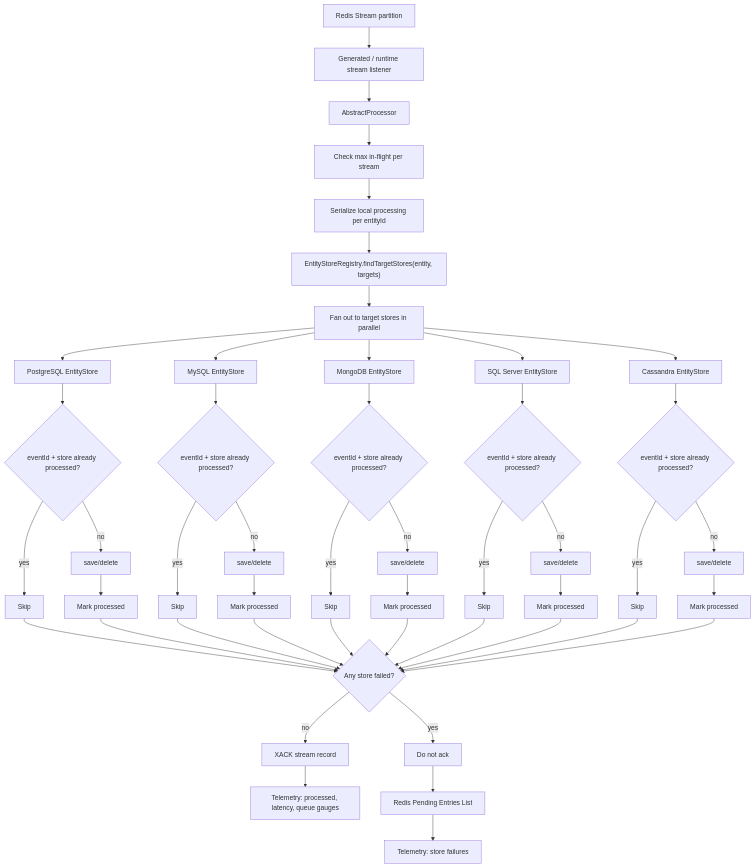
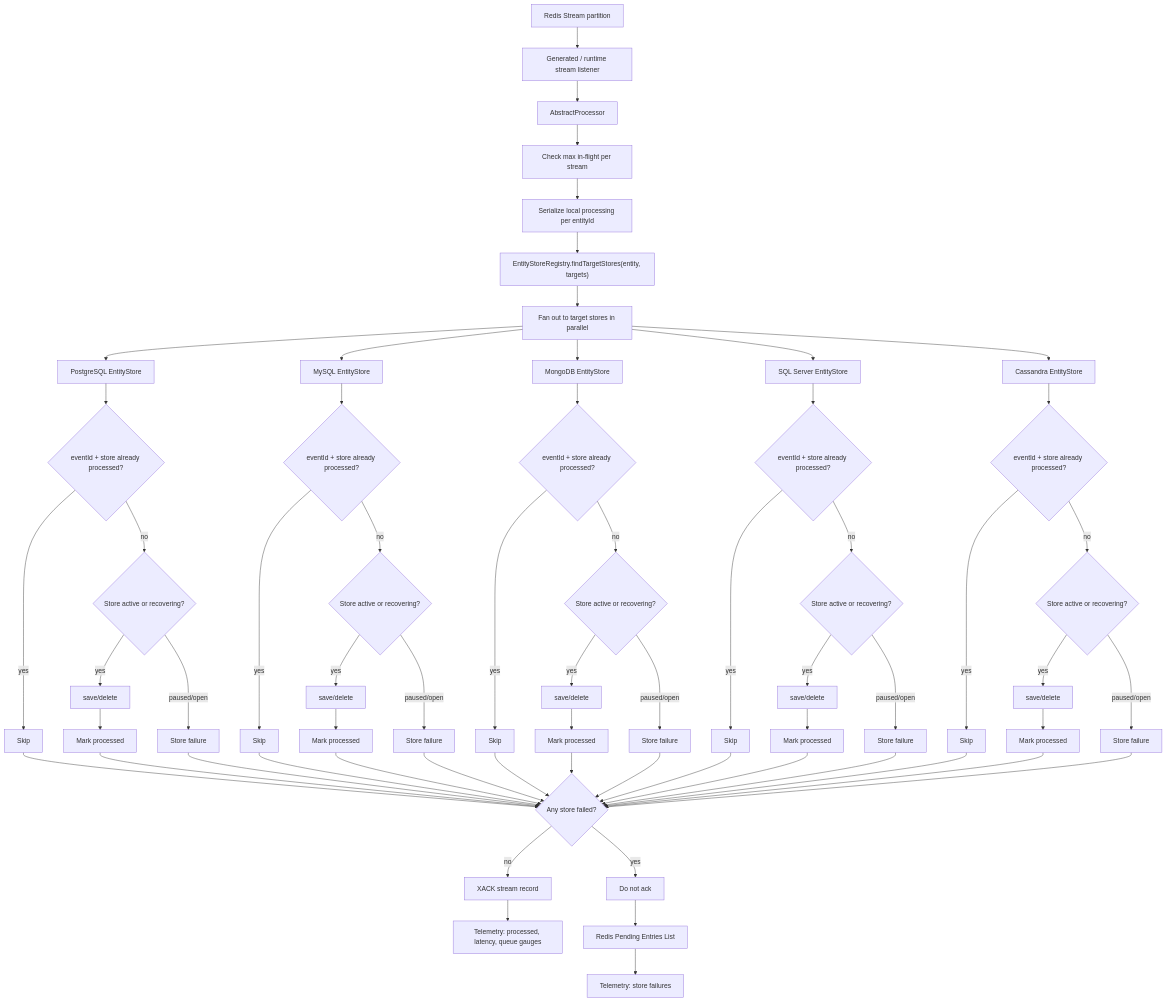
One commit to foogaro/kinexis changed the second of 8 diagrams in WORKFLOWS.md. Above: the diagram before and after it, drawn with Mermaid. The commit also changed other lines of this file and 31 other files, not shown here.

````diff
--- a/WORKFLOWS.md
+++ b/WORKFLOWS.md
@@ -40,59 +40,76 @@
 ```mermaid
 graph TD
     RedisStream["Redis Stream partition"] --> Listener["Generated / runtime stream listener"]
     Listener --> Processor["AbstractProcessor"]
 
     Processor --> Capacity["Check max in-flight per stream"]
     Capacity --> EntityOrder["Serialize local processing per entityId"]
     EntityOrder --> ResolveStores["EntityStoreRegistry.findTargetStores(entity, targets)"]
 
     ResolveStores --> FanOut["Fan out to target stores in parallel"]
 
     FanOut --> StoreA["PostgreSQL EntityStore"]
     FanOut --> StoreB["MySQL EntityStore"]
     FanOut --> StoreC["MongoDB EntityStore"]
     FanOut --> StoreD["SQL Server EntityStore"]
     FanOut --> StoreE["Cassandra EntityStore"]
 
     StoreA --> IdemA{"eventId + store already processed?"}
     StoreB --> IdemB{"eventId + store already processed?"}
     StoreC --> IdemC{"eventId + store already processed?"}
     StoreD --> IdemD{"eventId + store already processed?"}
     StoreE --> IdemE{"eventId + store already processed?"}
 
     IdemA -- "yes" --> SkipA["Skip"]
     IdemB -- "yes" --> SkipB["Skip"]
     IdemC -- "yes" --> SkipC["Skip"]
     IdemD -- "yes" --> SkipD["Skip"]
     IdemE -- "yes" --> SkipE["Skip"]
 
-    IdemA -- "no" --> WriteA["save/delete"]
-    IdemB -- "no" --> WriteB["save/delete"]
-    IdemC -- "no" --> WriteC["save/delete"]
-    IdemD -- "no" --> WriteD["save/delete"]
-    IdemE -- "no" --> WriteE["save/delete"]
+    IdemA -- "no" --> HealthA{"Store active or recovering?"}
+    IdemB -- "no" --> HealthB{"Store active or recovering?"}
+    IdemC -- "no" --> HealthC{"Store active or recovering?"}
+    IdemD -- "no" --> HealthD{"Store active or recovering?"}
+    IdemE -- "no" --> HealthE{"Store active or recovering?"}
+
+    HealthA -- "yes" --> WriteA["save/delete"]
+    HealthB -- "yes" --> WriteB["save/delete"]
+    HealthC -- "yes" --> WriteC["save/delete"]
+    HealthD -- "yes" --> WriteD["save/delete"]
+    HealthE -- "yes" --> WriteE["save/delete"]
+
+    HealthA -- "paused/open" --> HealthFailA["Store failure"]
+    HealthB -- "paused/open" --> HealthFailB["Store failure"]
+    HealthC -- "paused/open" --> HealthFailC["Store failure"]
+    HealthD -- "paused/open" --> HealthFailD["Store failure"]
+    HealthE -- "paused/open" --> HealthFailE["Store failure"]
 
     WriteA --> MarkA["Mark processed"]
     WriteB --> MarkB["Mark processed"]
     WriteC --> MarkC["Mark processed"]
     WriteD --> MarkD["Mark processed"]
     WriteE --> MarkE["Mark processed"]
 
     MarkA --> Result{"Any store failed?"}
     MarkB --> Result
     MarkC --> Result
     MarkD --> Result
     MarkE --> Result
     SkipA --> Result
     SkipB --> Result
     SkipC --> Result
     SkipD --> Result
     SkipE --> Result
+    HealthFailA --> Result
+    HealthFailB --> Result
+    HealthFailC --> Result
+    HealthFailD --> Result
+    HealthFailE --> Result
 
     Result -- "no" --> Ack["XACK stream record"]
     Ack --> MetricsOK["Telemetry: processed, latency, queue gauges"]
 
     Result -- "yes" --> NoAck["Do not ack"]
     NoAck --> PEL["Redis Pending Entries List"]
     PEL --> MetricsFail["Telemetry: store failures"]
 ```
````
